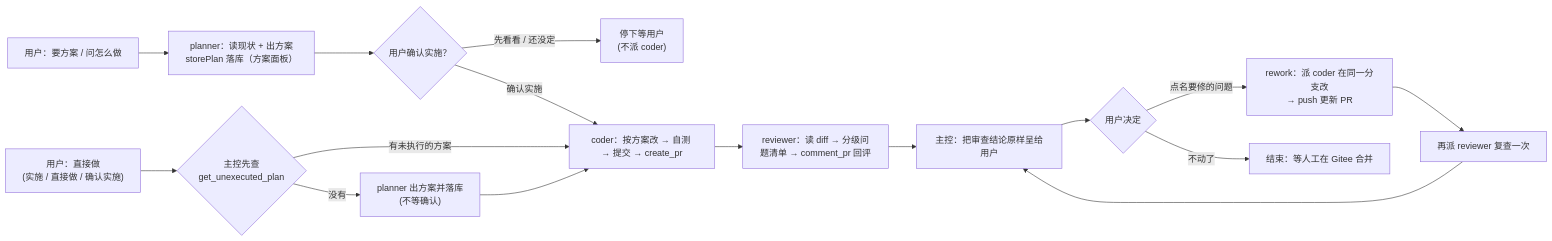
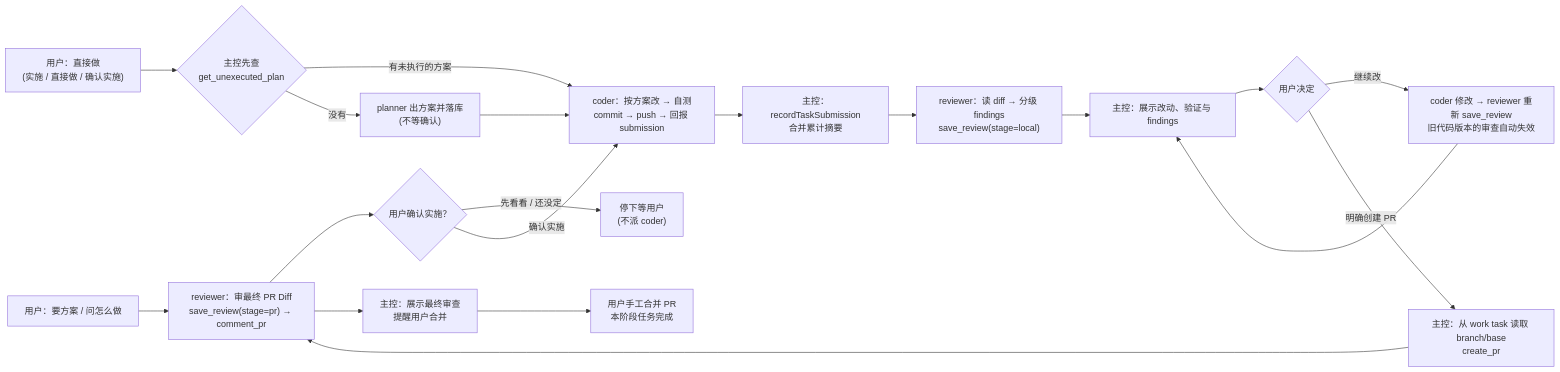
Before and after one commit to wanqi-development/ai-coding-harness: the second of 3 diagrams in docs/business-flow.md, drawn with Mermaid. The commit also changed other lines of this file and 3 other files, not shown here.

````diff
--- a/docs/business-flow.md
+++ b/docs/business-flow.md
@@ -104,18 +122,21 @@
 ```mermaid
 flowchart LR
     U["用户：要方案 / 问怎么做"] --> P["planner：读现状 + 出方案<br/>storePlan 落库（方案面板）"]
     P --> W{"用户确认实施？"}
     W -->|"先看看 / 还没定"| X["停下等用户<br/>(不派 coder)"]
     W -->|"确认实施"| C
     V["用户：直接做<br/>(实施 / 直接做 / 确认实施)"] --> Q{"主控先查<br/>get_unexecuted_plan"}
     Q -->|"有未执行的方案"| C
     Q -->|"没有"| P2["planner 出方案并落库<br/>(不等确认)"] --> C
-    C["coder：按方案改 → 自测 → 提交 → create_pr"]
-    C --> R["reviewer：读 diff → 分级问题清单 → comment_pr 回评"]
-    R --> S["主控：把审查结论原样呈给用户"]
+    C["coder：按方案改 → 自测<br/>commit → push → 回报 submission"]
+    C --> M["主控：recordTaskSubmission<br/>合并累计摘要"]
+    M --> R["reviewer：读 diff → 分级 findings<br/>save_review(stage=local)"]
+    R --> S["主控：展示改动、验证与 findings"]
     S --> T{"用户决定"}
-    T -->|"点名要修的问题"| K["rework：派 coder 在同一分支改<br/>→ push 更新 PR"]
-    K --> K2["再派 reviewer 复查一次"]
-    K2 --> S
-    T -->|"不动了"| E["结束：等人工在 Gitee 合并"]
+    T -->|"继续改"| K["coder 修改 → reviewer 重新 save_review<br/>旧代码版本的审查自动失效"]
+    K --> S
+    T -->|"明确创建 PR"| D["主控：从 work task 读取 branch/base<br/>create_pr"]
+    D --> P["reviewer：审最终 PR Diff<br/>save_review(stage=pr) → comment_pr"]
+    P --> S2["主控：展示最终审查<br/>提醒用户合并"]
+    S2 --> E["用户手工合并 PR<br/>本阶段任务完成"]
 ```
````
